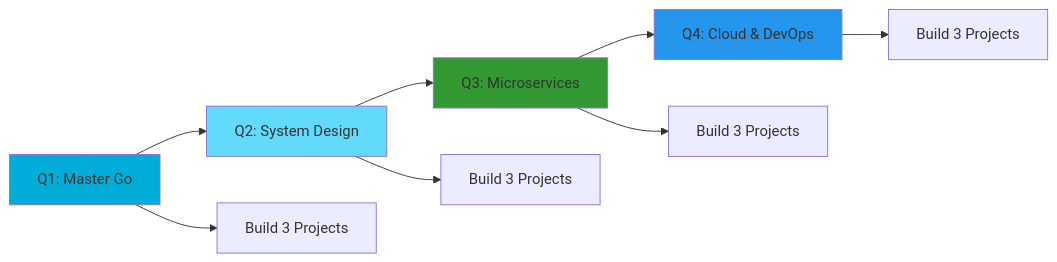
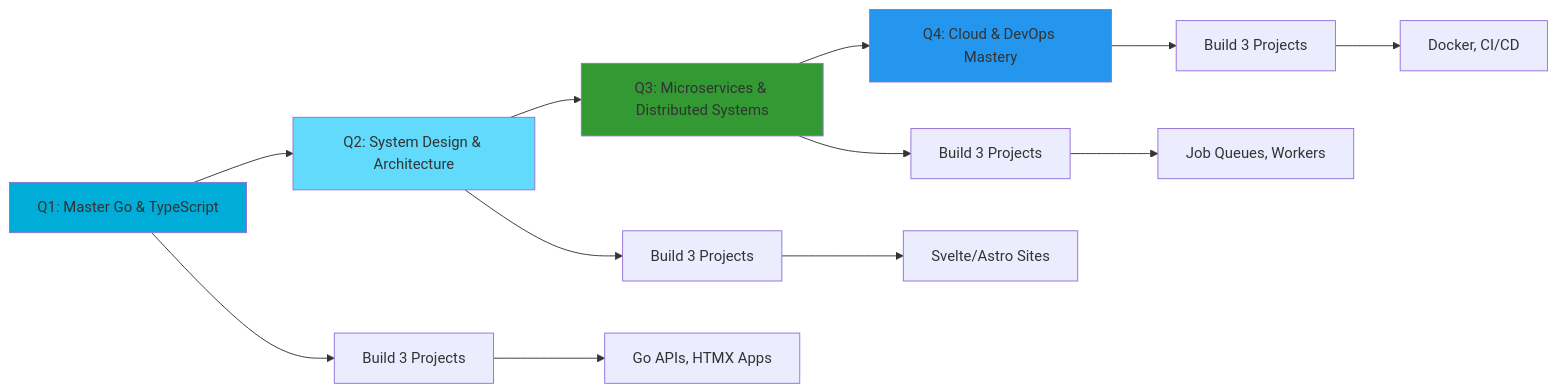
The diagram in README.md (Yogiexc/Yogiexc), drawn with Mermaid before and after one commit. The commit also changed other lines of this file, not shown here.

````diff
--- a/README.md
+++ b/README.md
@@ -234,16 +445,21 @@
 ```mermaid
 graph LR
-    A[Q1: Master Go] --> B[Q2: System Design]
-    B --> C[Q3: Microservices]
-    C --> D[Q4: Cloud & DevOps]
+    A[Q1: Master Go & TypeScript] --> B[Q2: System Design & Architecture]
+    B --> C[Q3: Microservices & Distributed Systems]
+    C --> D[Q4: Cloud & DevOps Mastery]
     
     A --> E[Build 3 Projects]
     B --> F[Build 3 Projects]
     C --> G[Build 3 Projects]
     D --> H[Build 3 Projects]
     
+    E --> I[Go APIs, HTMX Apps]
+    F --> J[Svelte/Astro Sites]
+    G --> K[Job Queues, Workers]
+    H --> L[Docker, CI/CD]
+    
     style A fill:#00ADD8
     style B fill:#61DAFB
     style C fill:#339933
     style D fill:#2496ED
 ```
````
